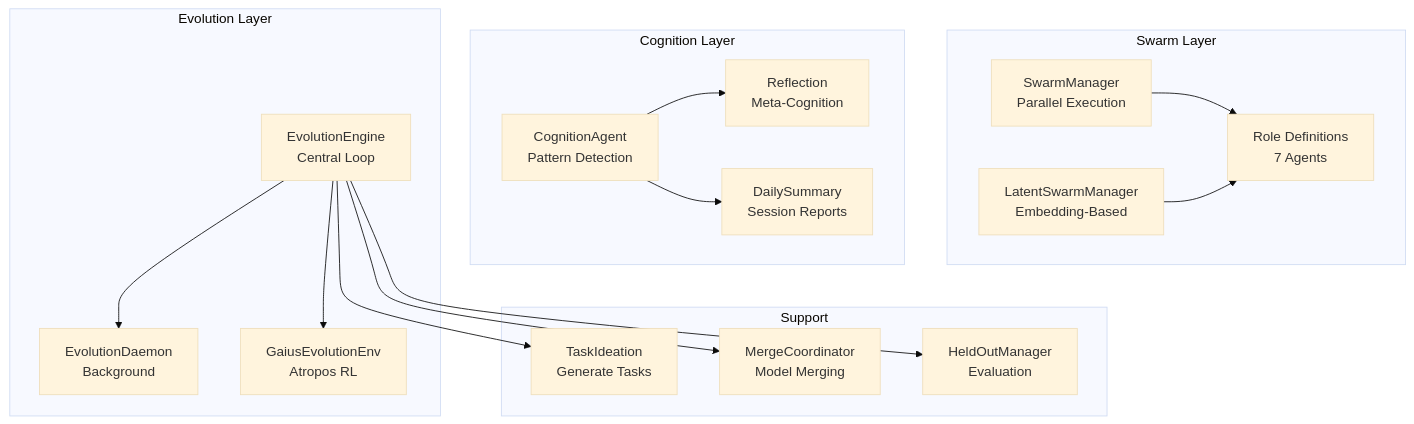
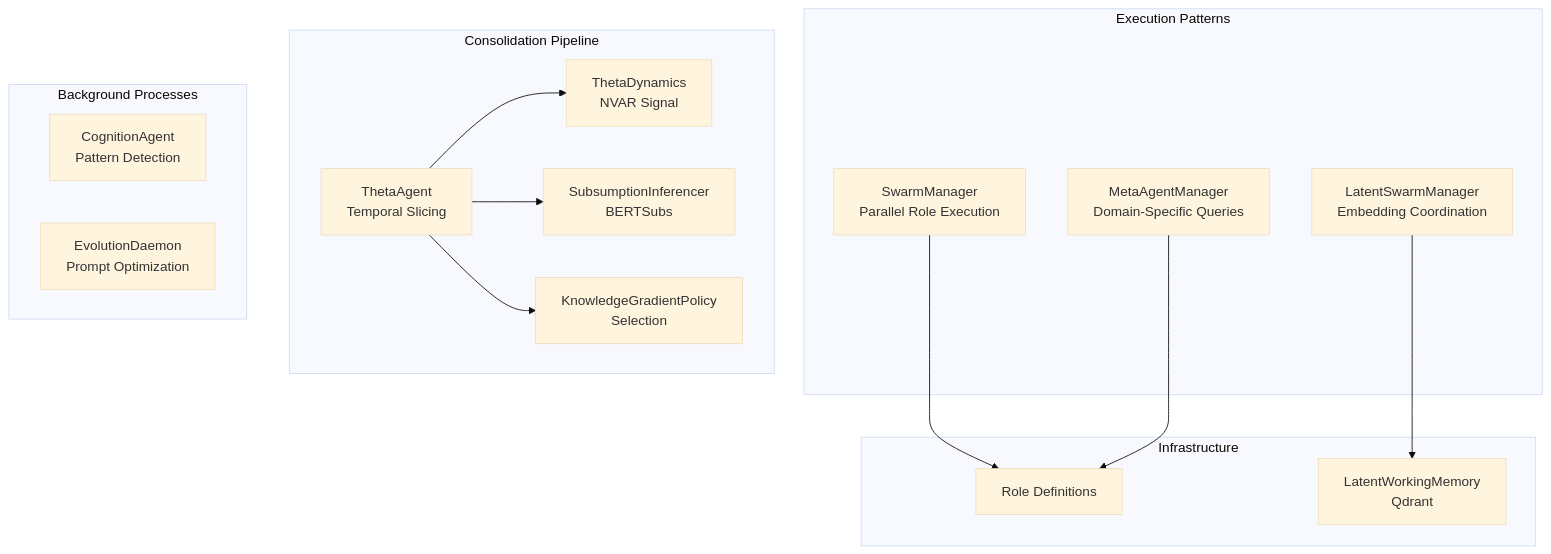
The first of 2 diagrams in src/gaius/agents/README.md (zndx/gaius), drawn with Mermaid (base theme) before and after one commit. The commit also changed other lines of this file and 8 other files, not shown here.

````diff
--- a/src/gaius/agents/README.md
+++ b/src/gaius/agents/README.md
@@ -7,36 +9,33 @@
 ```mermaid
 graph TB
-    subgraph "Swarm Layer"
-        SWARM[SwarmManager<br/>Parallel Execution]
-        LATENT[LatentSwarmManager<br/>Embedding-Based]
-        ROLES[Role Definitions<br/>7 Agents]
+    subgraph "Execution Patterns"
+        SWARM[SwarmManager<br/>Parallel Role Execution]
+        LATENT[LatentSwarmManager<br/>Embedding Coordination]
+        META[MetaAgentManager<br/>Domain-Specific Queries]
     end
 
-    subgraph "Cognition Layer"
-        COG[CognitionAgent<br/>Pattern Detection]
-        REFL[Reflection<br/>Meta-Cognition]
-        DAILY[DailySummary<br/>Session Reports]
+    subgraph "Consolidation Pipeline"
+        THETA[ThetaAgent<br/>Temporal Slicing]
+        NVAR[ThetaDynamics<br/>NVAR Signal]
+        SUBS[SubsumptionInferencer<br/>BERTSubs]
+        KG[KnowledgeGradientPolicy<br/>Selection]
     end
 
-    subgraph "Evolution Layer"
-        ENGINE[EvolutionEngine<br/>Central Loop]
-        DAEMON[EvolutionDaemon<br/>Background]
-        ATROPOS[GaiusEvolutionEnv<br/>Atropos RL]
+    subgraph "Background Processes"
+        COG[CognitionAgent<br/>Pattern Detection]
+        EVOL[EvolutionDaemon<br/>Prompt Optimization]
     end
 
-    subgraph "Support"
-        TASK[TaskIdeation<br/>Generate Tasks]
-        MERGE[MergeCoordinator<br/>Model Merging]
-        HELD[HeldOutManager<br/>Evaluation]
+    subgraph "Infrastructure"
+        ROLES[Role Definitions]
+        MEMORY[LatentWorkingMemory<br/>Qdrant]
     end
 
     SWARM --> ROLES
-    LATENT --> ROLES
-    COG --> REFL
-    COG --> DAILY
-    ENGINE --> DAEMON
-    ENGINE --> ATROPOS
-    ENGINE --> TASK
-    ENGINE --> MERGE
-    ENGINE --> HELD
+    LATENT --> MEMORY
+    META --> ROLES
+
+    THETA --> NVAR
+    THETA --> SUBS
+    THETA --> KG
 ```
````
